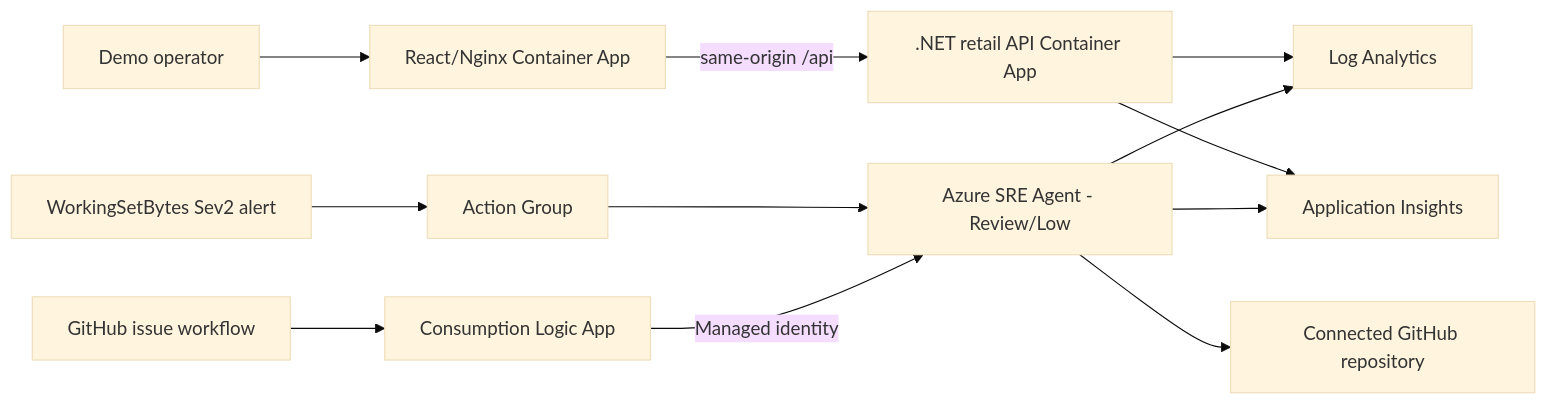
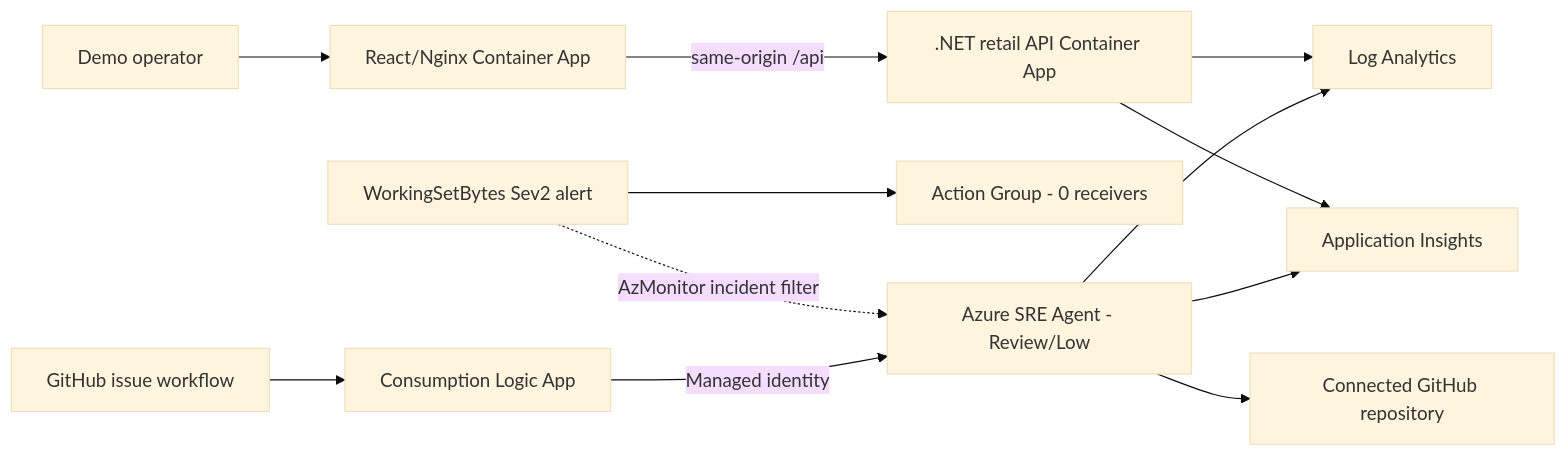
Before and after one commit to marioaguileraaa/mercadona-sre-agent-demo: the diagram in README.md, drawn with Mermaid (base theme). The commit also changed other lines of this file and 21 other files, not shown here.

````diff
--- a/README.md
+++ b/README.md
@@ -23,14 +23,14 @@
 ```mermaid
 flowchart LR
   User[Demo operator] --> Web[React/Nginx Container App]
   Web -->|same-origin /api| Api[.NET retail API Container App]
   Api --> LAW[Log Analytics]
   Api --> AI[Application Insights]
-  Monitor[WorkingSetBytes Sev2 alert] --> AG[Action Group]
-  AG --> Agent[Azure SRE Agent - Review/Low]
+  Monitor[WorkingSetBytes Sev2 alert] --> AG[Action Group - 0 receivers]
+  Monitor -. AzMonitor incident filter .-> Agent[Azure SRE Agent - Review/Low]
   Agent --> LAW
   Agent --> AI
   Agent --> Repo[Connected GitHub repository]
   GitHub[GitHub issue workflow] --> Bridge[Consumption Logic App]
   Bridge -->|Managed identity| Agent
 ```
````
